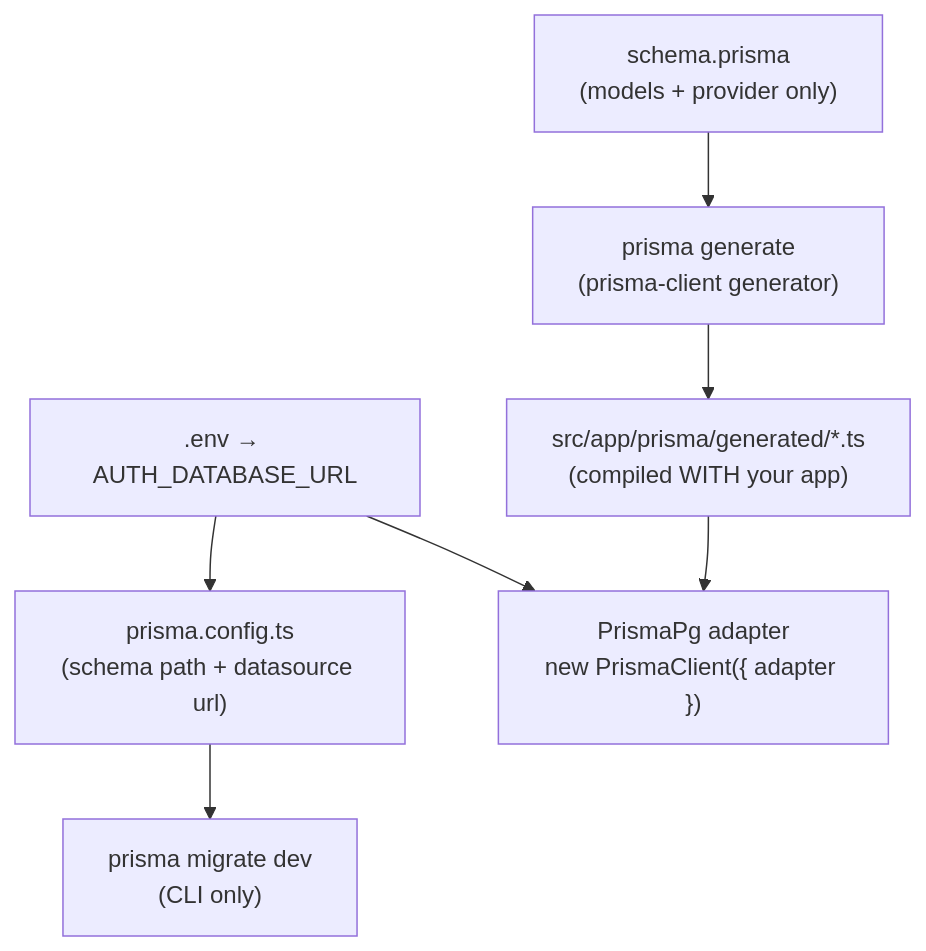
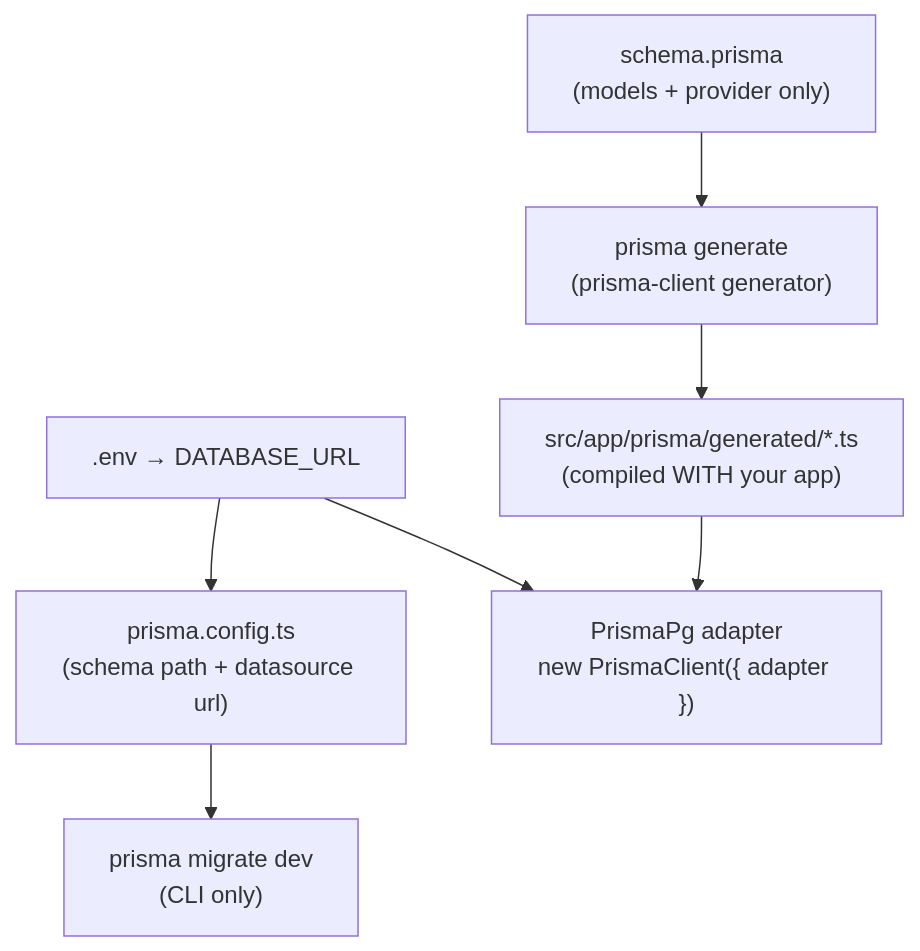
The second of 4 diagrams in docs/prisma-6-to-7-migration.md (tarunchopra1012/nx-jobber), drawn with Mermaid before and after one commit. The commit also changed other lines of this file and 3 other files, not shown here.

````diff
--- a/docs/prisma-6-to-7-migration.md
+++ b/docs/prisma-6-to-7-migration.md
@@ -92,9 +92,9 @@
 ```mermaid
 graph TD
   S["schema.prisma<br/>(models + provider only)"] --> G["prisma generate<br/>(prisma-client generator)"]
   G --> T["src/app/prisma/generated/*.ts<br/>(compiled WITH your app)"]
   CFG["prisma.config.ts<br/>(schema path + datasource url)"] --> MIG["prisma migrate dev<br/>(CLI only)"]
-  ENV[".env → AUTH_DATABASE_URL"] --> CFG
+  ENV[".env → DATABASE_URL"] --> CFG
   ENV --> ADP["PrismaPg adapter<br/>new PrismaClient({ adapter })"]
   T --> ADP
 ```
````
